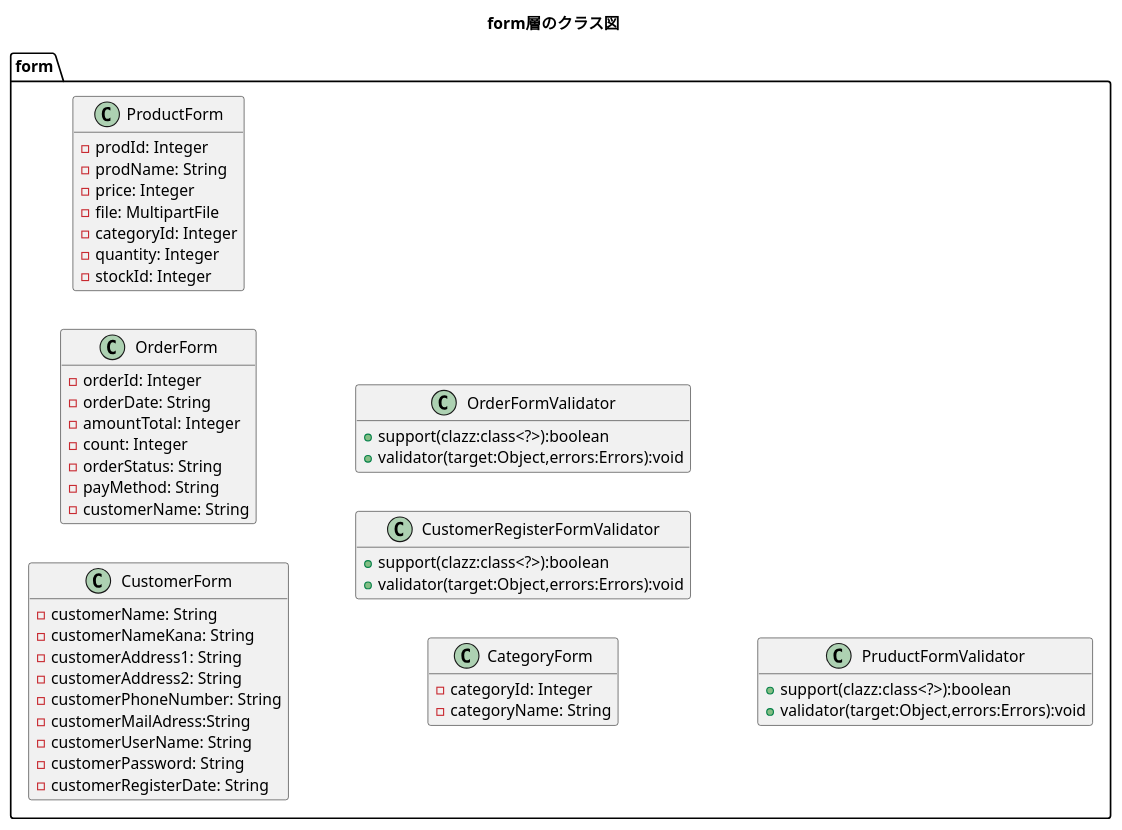
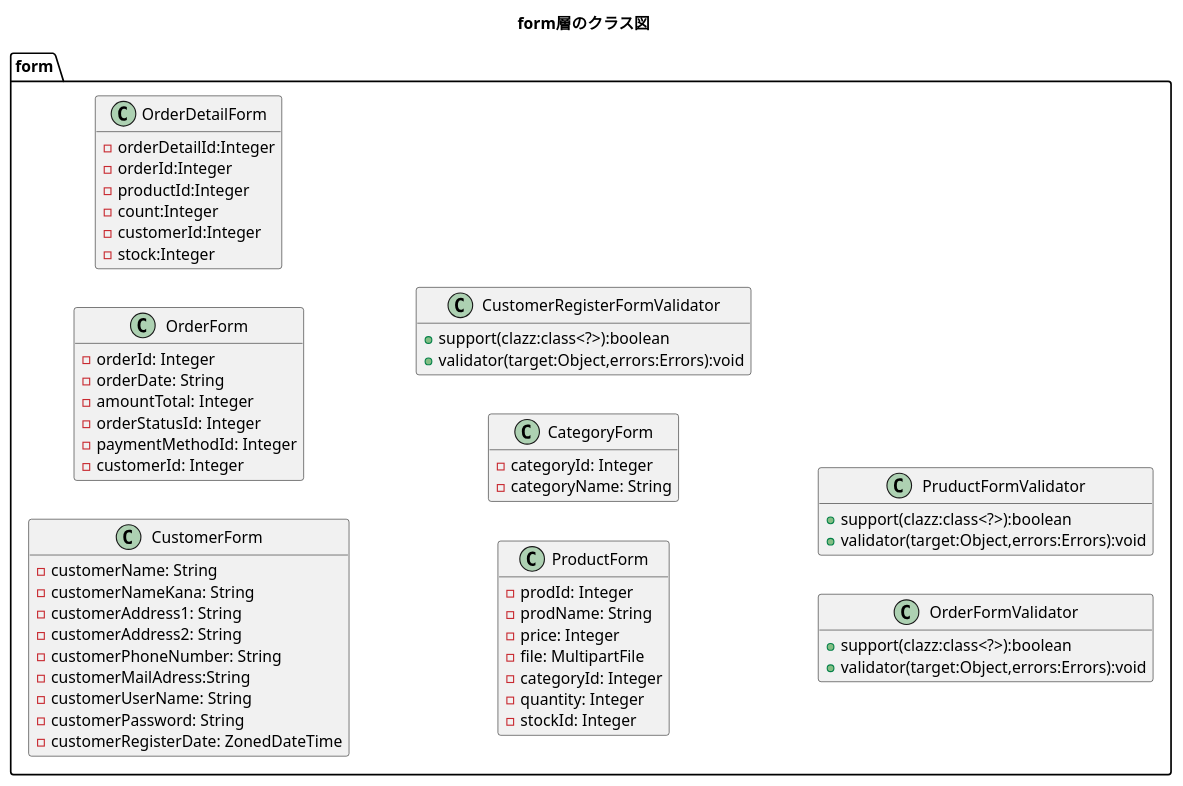
Before and after one commit to kanavii3333/ec-b: the diagram in plan/uml/class/front-end/form.plantuml, drawn with PlantUML. The commit also changed 12 other files, not shown here.

Commit message:
次工程クラス図等

```diff
--- a/plan/uml/class/front-end/form.plantuml
+++ b/plan/uml/class/front-end/form.plantuml
@@ -1,62 +1,70 @@
 @startuml
 title form層のクラス図
 hide empty members
 left to right direction
 
 package form{
 
     class CustomerForm{
         -customerName: String
         -customerNameKana: String
         -customerAddress1: String
         -customerAddress2: String
         -customerPhoneNumber: String
         -customerMailAdress:String
         -customerUserName: String
         -customerPassword: String
-        -customerRegisterDate: String
+        -customerRegisterDate: ZonedDateTime
     }
 
     class OrderForm{
         -orderId: Integer
         -orderDate: String
         -amountTotal: Integer
-        -count: Integer
-        -orderStatus: String
-        -payMethod: String
-        -customerName: String
+        -orderStatusId: Integer
+        -paymentMethodId: Integer
+        -customerId: Integer
+    }
+
+    class OrderDetailForm{
+      -orderDetailId:Integer
+      -orderId:Integer
+      -productId:Integer
+      -count:Integer
+      -customerId:Integer
+      -stock:Integer
     }
 
     class ProductForm{
         -prodId: Integer
         -prodName: String
         -price: Integer
         -file: MultipartFile
         -categoryId: Integer
         -quantity: Integer
         -stockId: Integer
     }
     
     class CategoryForm{
         -categoryId: Integer
         -categoryName: String
     }
 	
 
     class CustomerRegisterFormValidator{
 		+support(clazz:class<?>):boolean
 		+validator(target:Object,errors:Errors):void
     }
     
     class OrderFormValidator{
 		+support(clazz:class<?>):boolean
 		+validator(target:Object,errors:Errors):void
     }
     
     class PruductFormValidator{
 		+support(clazz:class<?>):boolean
 		+validator(target:Object,errors:Errors):void
     }
 
 }
 @enduml
```
